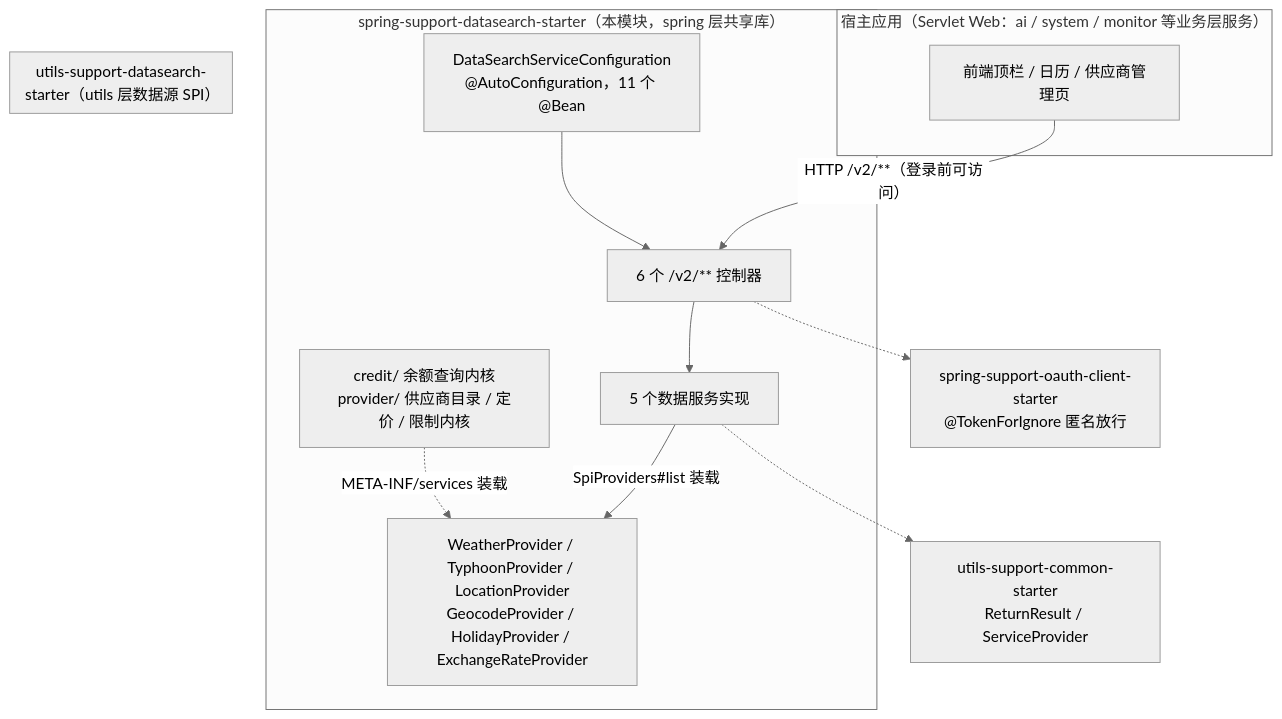
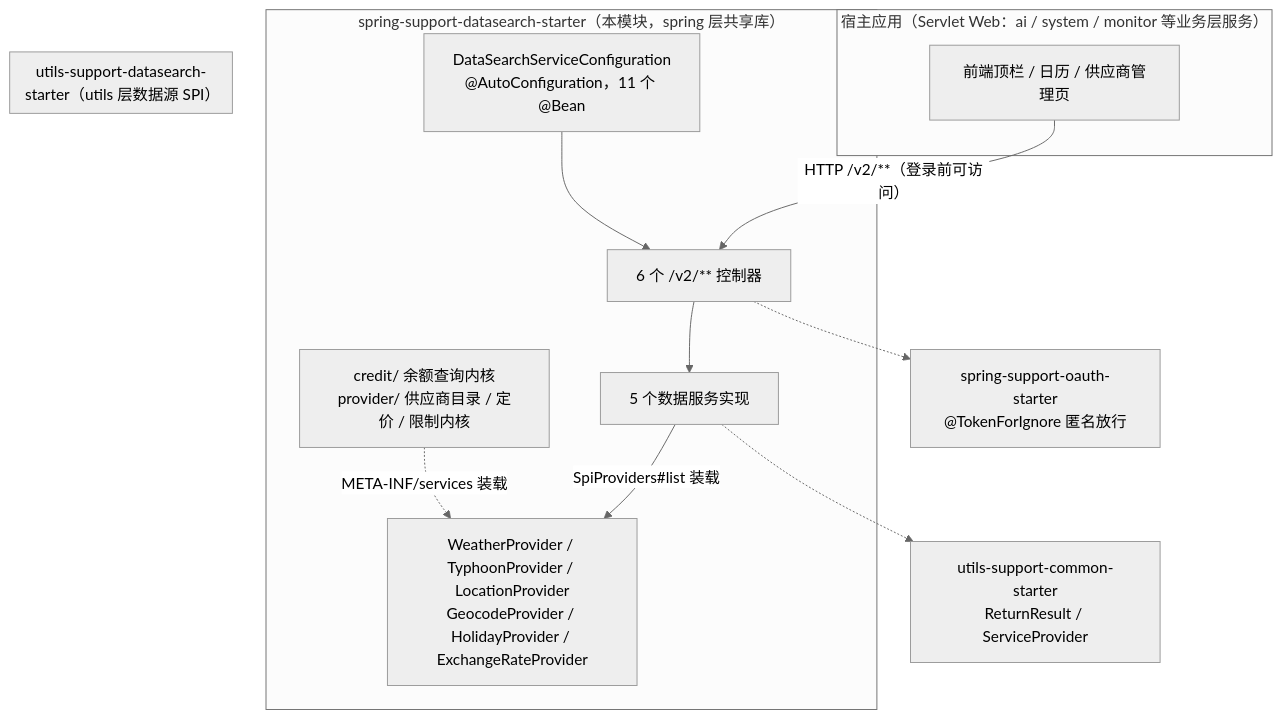
One commit to CHTK001/spring-support-parent-starter changed the first of 2 diagrams in spring-support-datasearch-starter/README.md. Above: the diagram before and after it, drawn with Mermaid (neutral theme). The commit also changed other lines of this file and 246 other files, not shown here.

````diff
--- a/spring-support-datasearch-starter/README.md
+++ b/spring-support-datasearch-starter/README.md
@@ -7,23 +7,23 @@
 ```mermaid
 flowchart TB
     subgraph HOST["宿主应用（Servlet Web：ai / system / monitor 等业务层服务）"]
         FE["前端顶栏 / 日历 / 供应商管理页"]
     end
     subgraph MOD["spring-support-datasearch-starter（本模块，spring 层共享库）"]
         CFG["DataSearchServiceConfiguration<br/>@AutoConfiguration，11 个 @Bean"]
         CTRL["6 个 /v2/** 控制器"]
         SVC["5 个数据服务实现"]
         KERNEL["credit/ 余额查询内核<br/>provider/ 供应商目录 / 定价 / 限制内核"]
         CFG --> CTRL --> SVC
         KERNEL -.->|"META-INF/services 装载"| SPI
     end
     subgraph UTILS["utils-support-datasearch-starter（utils 层数据源 SPI）"]
         SPI["WeatherProvider / TyphoonProvider / LocationProvider<br/>GeocodeProvider / HolidayProvider / ExchangeRateProvider"]
     end
-    OAUTH["spring-support-oauth-client-starter<br/>@TokenForIgnore 匿名放行"]
+    OAUTH["spring-support-oauth-starter<br/>@TokenForIgnore 匿名放行"]
     COMMON["utils-support-common-starter<br/>ReturnResult / ServiceProvider"]
     FE -->|"HTTP /v2/**（登录前可访问）"| CTRL
     SVC -->|"SpiProviders#list 装载"| SPI
     CTRL -.-> OAUTH
     SVC -.-> COMMON
 ```
````
